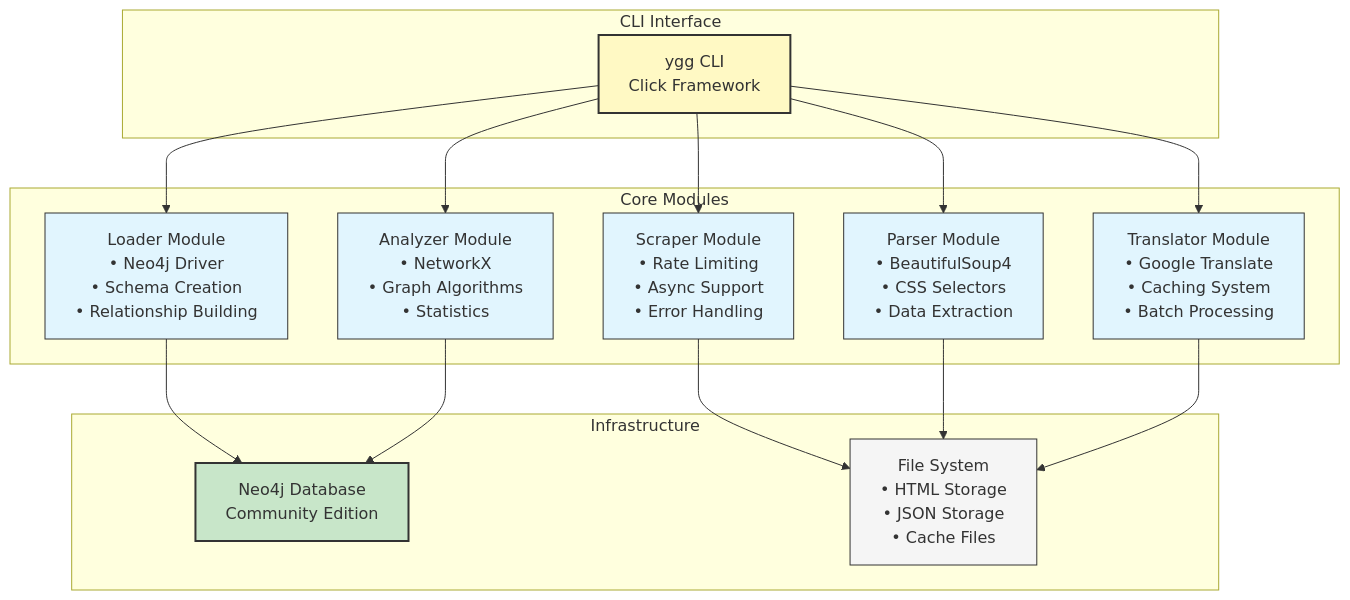
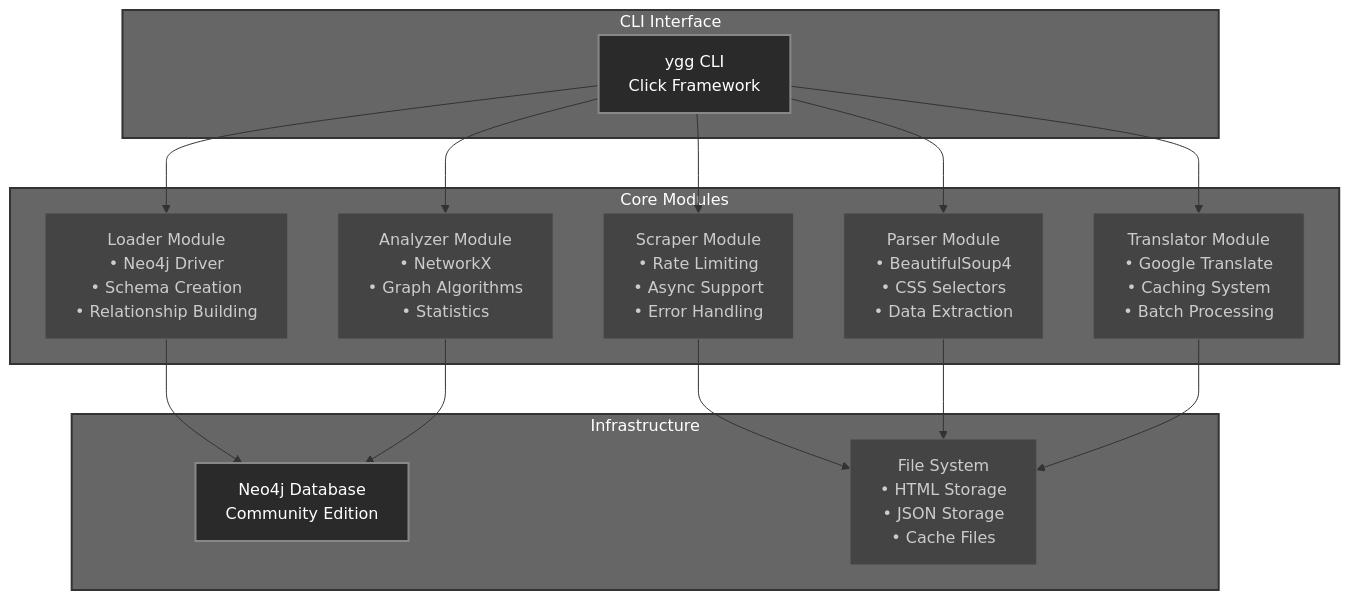
Before and after one commit to Ricoledan/digimon-knowledge-graph: the second of 3 diagrams in README.md, drawn with Mermaid. The commit also changed other lines of this file, not shown here.

Commit message:
add diagrams

````diff
--- a/README.md
+++ b/README.md
@@ -134,40 +138,43 @@
 ```mermaid
 graph TB
-    subgraph "CLI Interface"
+    subgraph CI["CLI Interface"]
         CLI[ygg CLI<br/>Click Framework]
     end
     
-    subgraph "Core Modules"
+    subgraph CM["Core Modules"]
         SCR[Scraper Module<br/>• Rate Limiting<br/>• Async Support<br/>• Error Handling]
         PRS[Parser Module<br/>• BeautifulSoup4<br/>• CSS Selectors<br/>• Data Extraction]
         TRN[Translator Module<br/>• Google Translate<br/>• Caching System<br/>• Batch Processing]
         LDR[Loader Module<br/>• Neo4j Driver<br/>• Schema Creation<br/>• Relationship Building]
         ANL[Analyzer Module<br/>• NetworkX<br/>• Graph Algorithms<br/>• Statistics]
     end
     
-    subgraph "Infrastructure"
+    subgraph IN["Infrastructure"]
         NEO[Neo4j Database<br/>Community Edition]
         FS[File System<br/>• HTML Storage<br/>• JSON Storage<br/>• Cache Files]
     end
     
     CLI --> SCR
     CLI --> PRS
     CLI --> TRN
     CLI --> LDR
     CLI --> ANL
     
     SCR --> FS
     PRS --> FS
     TRN --> FS
     LDR --> NEO
     ANL --> NEO
     
-    style CLI fill:#fff9c4,stroke:#333,stroke-width:2px
-    style NEO fill:#c8e6c9,stroke:#333,stroke-width:2px
-    style SCR fill:#e1f5fe,stroke:#333,stroke-width:1px
-    style PRS fill:#e1f5fe,stroke:#333,stroke-width:1px
-    style TRN fill:#e1f5fe,stroke:#333,stroke-width:1px
-    style LDR fill:#e1f5fe,stroke:#333,stroke-width:1px
-    style ANL fill:#e1f5fe,stroke:#333,stroke-width:1px
-    style FS fill:#f5f5f5,stroke:#333,stroke-width:1px
+    style CI fill:#666,stroke:#333,stroke-width:2px,color:#fff
+    style CM fill:#666,stroke:#333,stroke-width:2px,color:#fff
+    style IN fill:#666,stroke:#333,stroke-width:2px,color:#fff
+    style CLI fill:#2a2a2a,stroke:#888,stroke-width:2px,color:#fff
+    style SCR fill:#444,stroke:#666,stroke-width:1px,color:#ccc
+    style PRS fill:#444,stroke:#666,stroke-width:1px,color:#ccc
+    style TRN fill:#444,stroke:#666,stroke-width:1px,color:#ccc
+    style LDR fill:#444,stroke:#666,stroke-width:1px,color:#ccc
+    style ANL fill:#444,stroke:#666,stroke-width:1px,color:#ccc
+    style NEO fill:#2a2a2a,stroke:#888,stroke-width:2px,color:#fff
+    style FS fill:#444,stroke:#666,stroke-width:1px,color:#ccc
 ```
````
